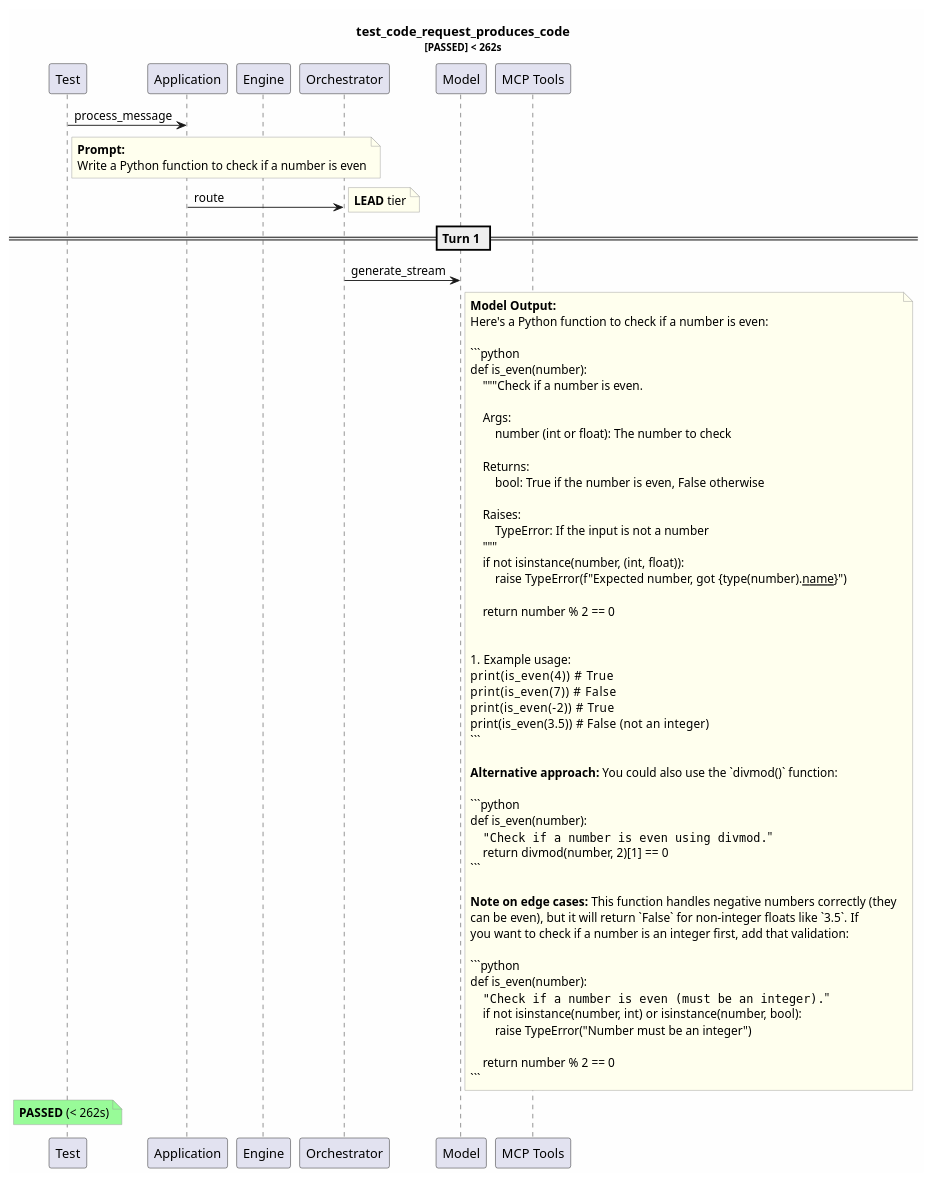
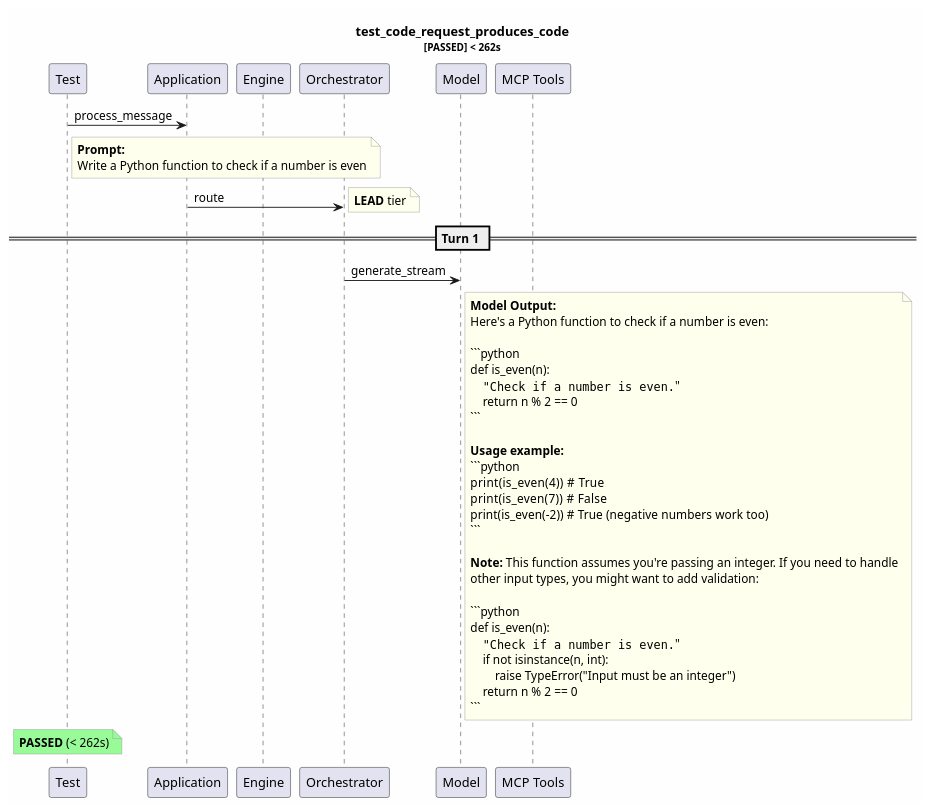
The diagram in test-reports/logs/test_code_request_produces_code/test_code_request_produces_code.puml (tvanfossen/entropic), drawn with PlantUML before and after one commit. The commit also changed 18 other files, not shown here.

````diff
--- a/test-reports/logs/test_code_request_produces_code/test_code_request_produces_code.puml
+++ b/test-reports/logs/test_code_request_produces_code/test_code_request_produces_code.puml
@@ -1,78 +1,55 @@
 @startuml
 skinparam backgroundColor #FEFEFE
 skinparam noteBorderColor #999999
 skinparam noteBackgroundColor #FFFFEE
 title test_code_request_produces_code\n<size:11>[PASSED] < 262s</size>
 
 participant "Test" as T
 participant "Application" as App
 participant "Engine" as Eng
 participant "Orchestrator" as Orch
 participant "Model" as Mdl
 participant "MCP Tools" as MCP
 
 T -> App: process_message
 note right of T
   **Prompt:**
   Write a Python function to check if a number is even
 end note
 App -> Orch: route
 note right: **LEAD** tier
 == Turn 1 ==
 Orch -> Mdl: generate_stream
 note right of Mdl
   **Model Output:**
   Here's a Python function to check if a number is even:
   
   ```python
-  def is_even(number):
-      """Check if a number is even.
-      
-      Args:
-          number (int or float): The number to check
-          
-      Returns:
-          bool: True if the number is even, False otherwise
-          
-      Raises:
-          TypeError: If the input is not a number
-      """
-      if not isinstance(number, (int, float)):
-          raise TypeError(f"Expected number, got {type(number).__name__}")
-      
-      return number % 2 == 0
-  
-  
-  # Example usage:
-  print(is_even(4))      # True
-  print(is_even(7))      # False
-  print(is_even(-2))     # True
-  print(is_even(3.5))    # False (not an integer)
+  def is_even(n):
+      """Check if a number is even."""
+      return n % 2 == 0
   ```
   
-  **Alternative approach:** You could also use the `divmod()` function:
+  **Usage example:**
+  ```python
+  print(is_even(4))   # True
+  print(is_even(7))   # False
+  print(is_even(-2))  # True (negative numbers work too)
+  ```
+  
+  **Note:** This function assumes you're passing an integer. If you need to handle
+  other input types, you might want to add validation:
   
   ```python
-  def is_even(number):
-      """Check if a number is even using divmod."""
-      return divmod(number, 2)[1] == 0
-  ```
-  
-  **Note on edge cases:** This function handles negative numbers correctly (they 
-  can be even), but it will return `False` for non-integer floats like `3.5`. If 
-  you want to check if a number is an integer first, add that validation:
-  
-  ```python
-  def is_even(number):
-      """Check if a number is even (must be an integer)."""
-      if not isinstance(number, int) or isinstance(number, bool):
-          raise TypeError("Number must be an integer")
-      
-      return number % 2 == 0
+  def is_even(n):
+      """Check if a number is even."""
+      if not isinstance(n, int):
+          raise TypeError("Input must be an integer")
+      return n % 2 == 0
   ```
 end note
 note over T #palegreen
   **PASSED** (< 262s)
 end note
 
 @enduml
````
